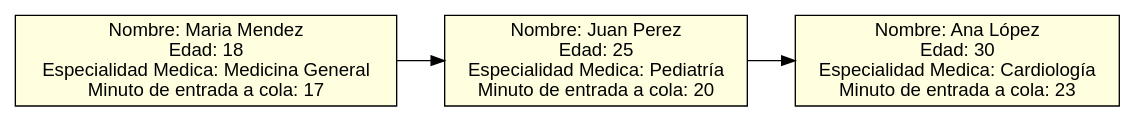
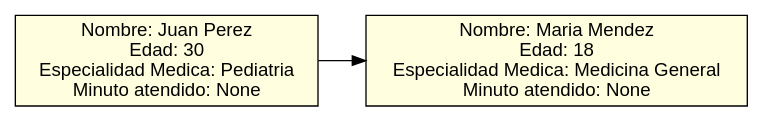
One commit to Javier-201906795/IPC2_Practica2_201906795 changed the diagram in 1_Grafica.dot. Above: the diagram before and after it, drawn with Graphviz. The commit also changed 2 other files, not shown here.

Commit message:
agrega datos a la grafica graphviz
utilizando los ciclos for se recorrio la cola y se obtuvo los datos los cuales fueron agregados al archivo .dot para luego ser convertidos en grafica

```diff
--- a/1_Grafica.dot
+++ b/1_Grafica.dot
@@ -1,19 +1,13 @@
 digraph ColaPacientes {
 graph [rankdir=LR];
 node [shape=box, style=filled, fillcolor=lightyellow, fontname="Helvetica"];
-
-paciente1 [label="Nombre: Maria Mendez
+paciente1 [label="Nombre: Juan Perez
+Edad: 30
+Especialidad Medica: Pediatria
+Minuto atendido: None"];
+paciente2 [label="Nombre: Maria Mendez
 Edad: 18
 Especialidad Medica: Medicina General
-Minuto de entrada a cola: 17"];
-paciente2 [label="Nombre: Juan Perez
-Edad: 25
-Especialidad Medica: Pediatría
-Minuto de entrada a cola: 20"];
-paciente3 [label="Nombre: Ana López
-Edad: 30
-Especialidad Medica: Cardiología
-Minuto de entrada a cola: 23"];
+Minuto atendido: None"];
 
-paciente1 -> paciente2 -> paciente3;
-}
+paciente1 -> paciente2;}
```
